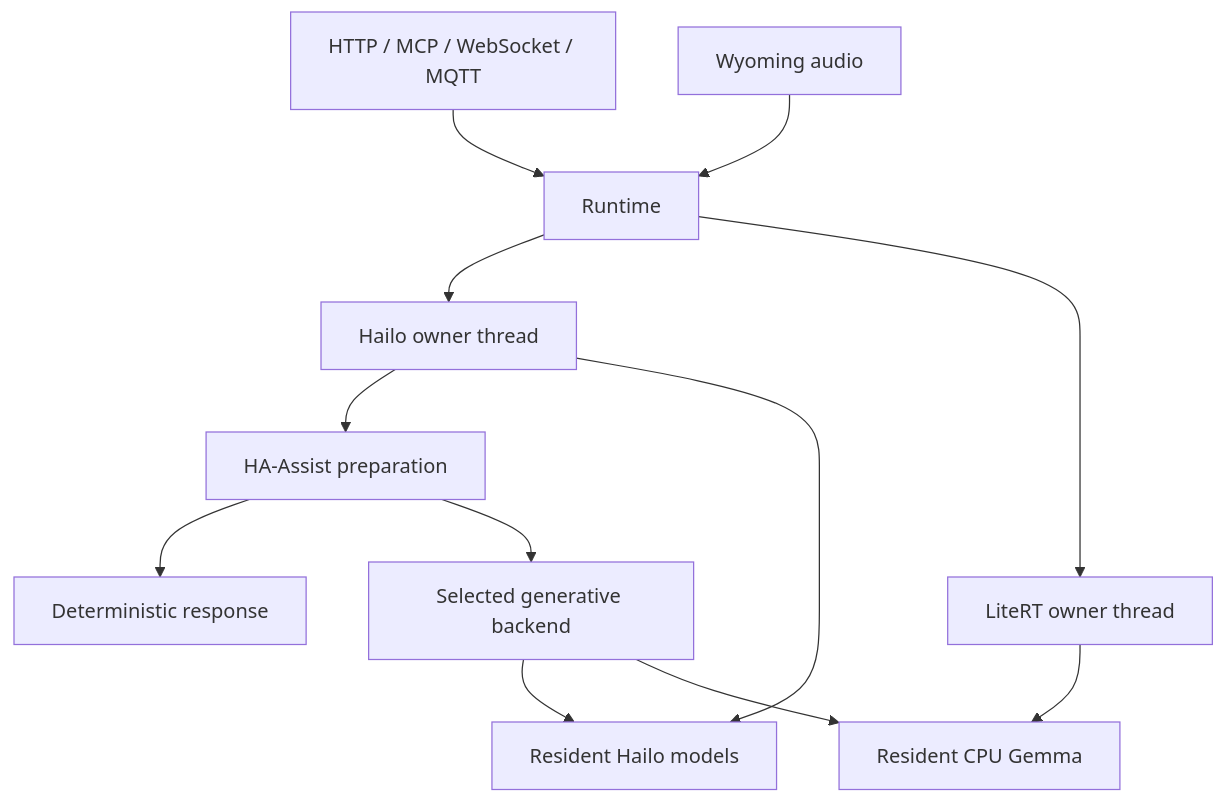
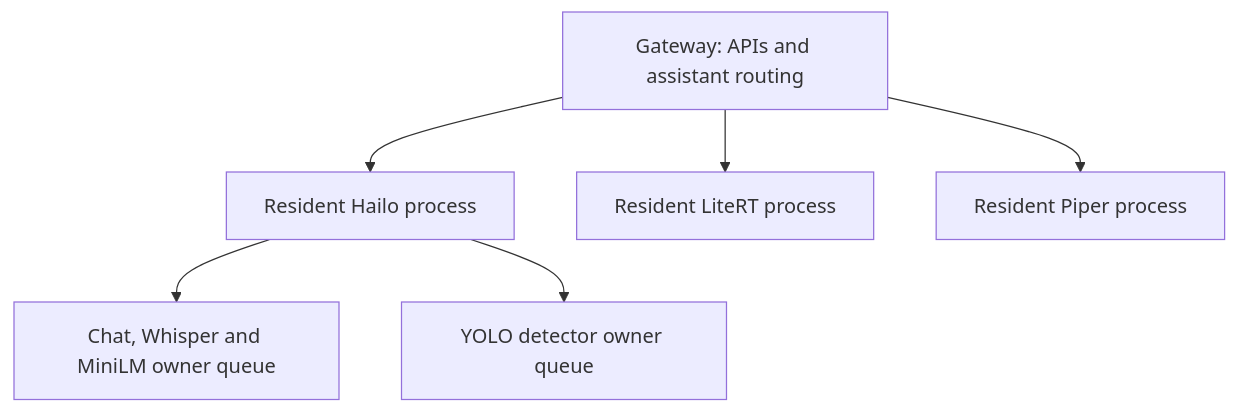
One commit to leonsio/hailo-10h-services changed the diagram in doc/architecture.md. Above: the diagram before and after it, drawn with Mermaid. The commit also changed other lines of this file and 194 other files, not shown here.

````diff
--- a/doc/architecture.md
+++ b/doc/architecture.md
@@ -58,14 +45,8 @@
 ```mermaid
 flowchart TD
-    A["HTTP / MCP / WebSocket / MQTT"] --> R["Runtime"]
-    W["Wyoming audio"] --> R
-    R --> H["Hailo owner thread"]
-    R --> L["LiteRT owner thread"]
-    H --> HA["HA-Assist preparation"]
-    HA --> D["Deterministic response"]
-    HA --> G["Selected generative backend"]
-    H --> N["Resident Hailo models"]
-    L --> C["Resident CPU Gemma"]
-    G --> N
-    G --> C
+    G["Gateway: APIs and assistant routing"] --> H["Resident Hailo process"]
+    G --> L["Resident LiteRT process"]
+    G --> P["Resident Piper process"]
+    H --> C["Chat, Whisper and MiniLM owner queue"]
+    H --> V["YOLO detector owner queue"]
 ```
````
